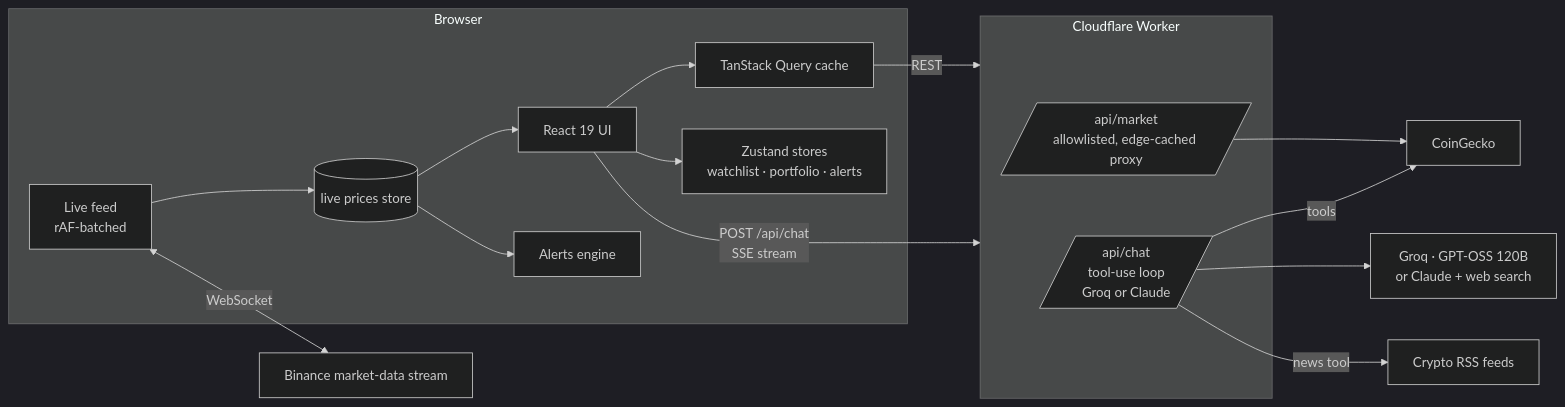
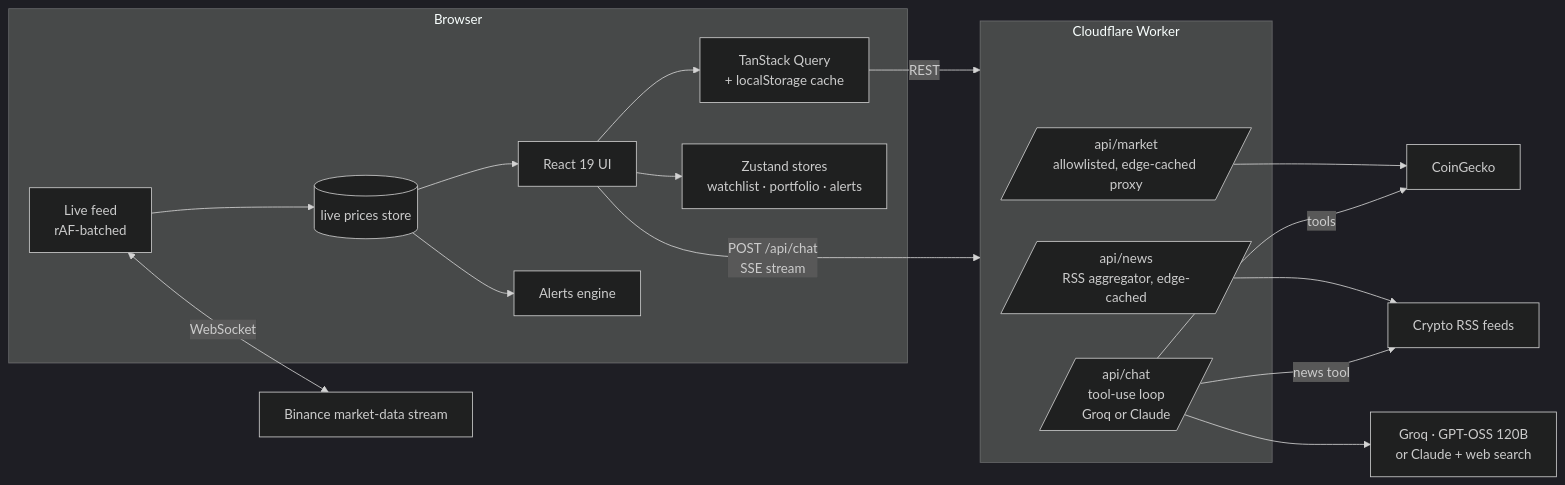
The diagram in README.md (kaustavsarkar14/crypto-hunter), drawn with Mermaid (dark theme) before and after one commit. The commit also changed other lines of this file and 25 other files, not shown here.

````diff
--- a/README.md
+++ b/README.md
@@ -23,21 +83,23 @@
 ```mermaid
 flowchart LR
   subgraph Browser
-    UI[React 19 UI] --> RQ[TanStack Query cache]
+    UI[React 19 UI] --> RQ[TanStack Query<br/>+ localStorage cache]
     UI --> Z[Zustand stores<br/>watchlist · portfolio · alerts]
     WS[Live feed<br/>rAF-batched] --> L[(live prices store)]
     L --> UI
     L --> AE[Alerts engine]
   end
   WS <-- WebSocket --> B[Binance market-data stream]
   RQ -- REST --> W
   UI -- POST /api/chat<br/>SSE stream --> W
   subgraph W[Cloudflare Worker]
     P[/api/market<br/>allowlisted, edge-cached proxy/]
+    NW[/api/news<br/>RSS aggregator, edge-cached/]
     A[/api/chat<br/>tool-use loop<br/>Groq or Claude/]
   end
   P --> CG[CoinGecko]
+  NW --> N[Crypto RSS feeds]
   A --> C[Groq · GPT-OSS 120B<br/>or Claude + web search]
-  A -- news tool --> N[Crypto RSS feeds]
   A -- tools --> CG
+  A -- news tool --> N
 ```
````
